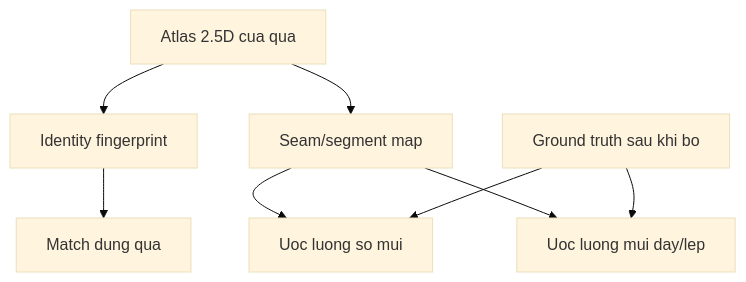
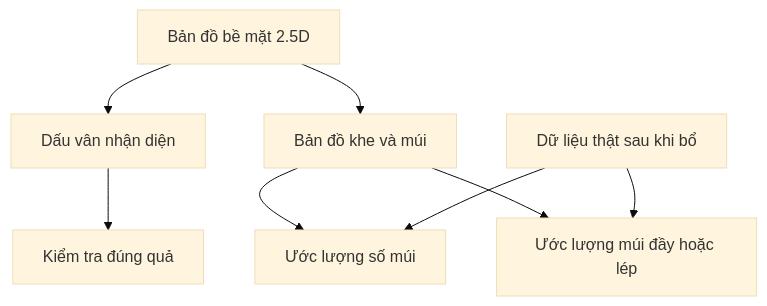
One commit to Tan-Long/durian-fingerprint-lab changed the second of 2 diagrams in docs/durian-mvp-blueprint.md. Above: the diagram before and after it, drawn with Mermaid (base theme). The commit also changed other lines of this file and 4 other files, not shown here.

````diff
--- a/docs/durian-mvp-blueprint.md
+++ b/docs/durian-mvp-blueprint.md
@@ -249,10 +312,10 @@
 ```mermaid
 flowchart TB
-  A[Atlas 2.5D cua qua] --> B[Identity fingerprint]
-  A --> C[Seam/segment map]
-  B --> D[Match dung qua]
-  C --> E[Uoc luong so mui]
-  C --> F[Uoc luong mui day/lep]
-  G[Ground truth sau khi bo] --> F
+  A[Bản đồ bề mặt 2.5D] --> B[Dấu vân nhận diện]
+  A --> C[Bản đồ khe và múi]
+  B --> D[Kiểm tra đúng quả]
+  C --> E[Ước lượng số múi]
+  C --> F[Ước lượng múi đầy hoặc lép]
+  G[Dữ liệu thật sau khi bổ] --> F
   G --> E
 ```
````
